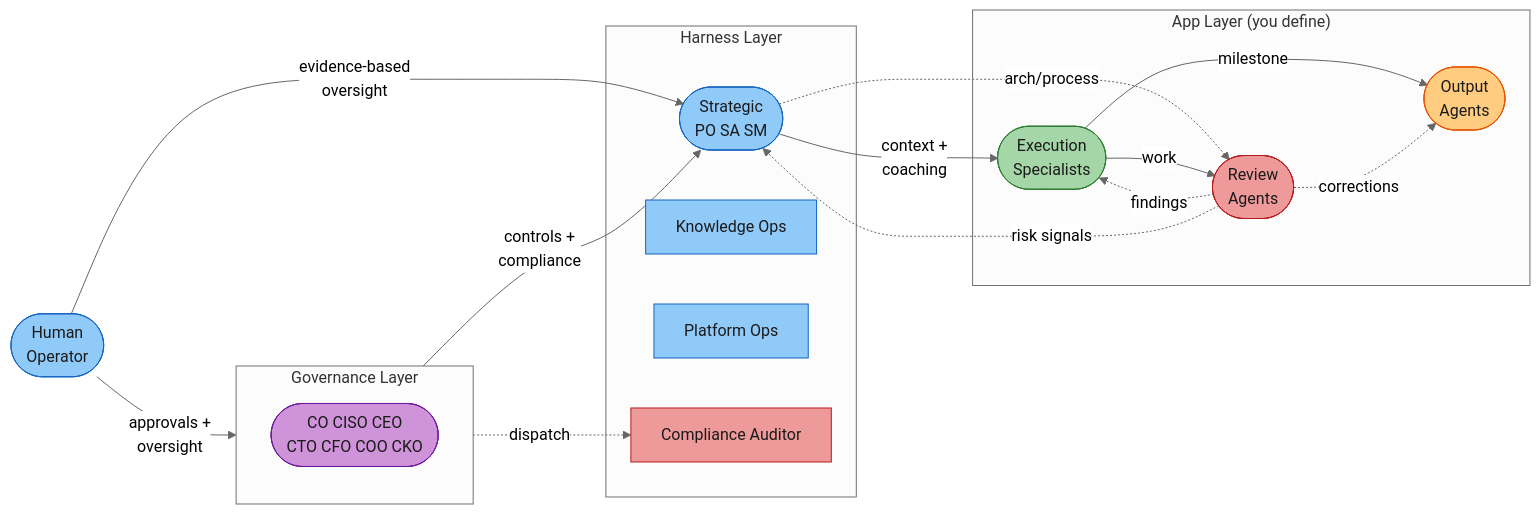
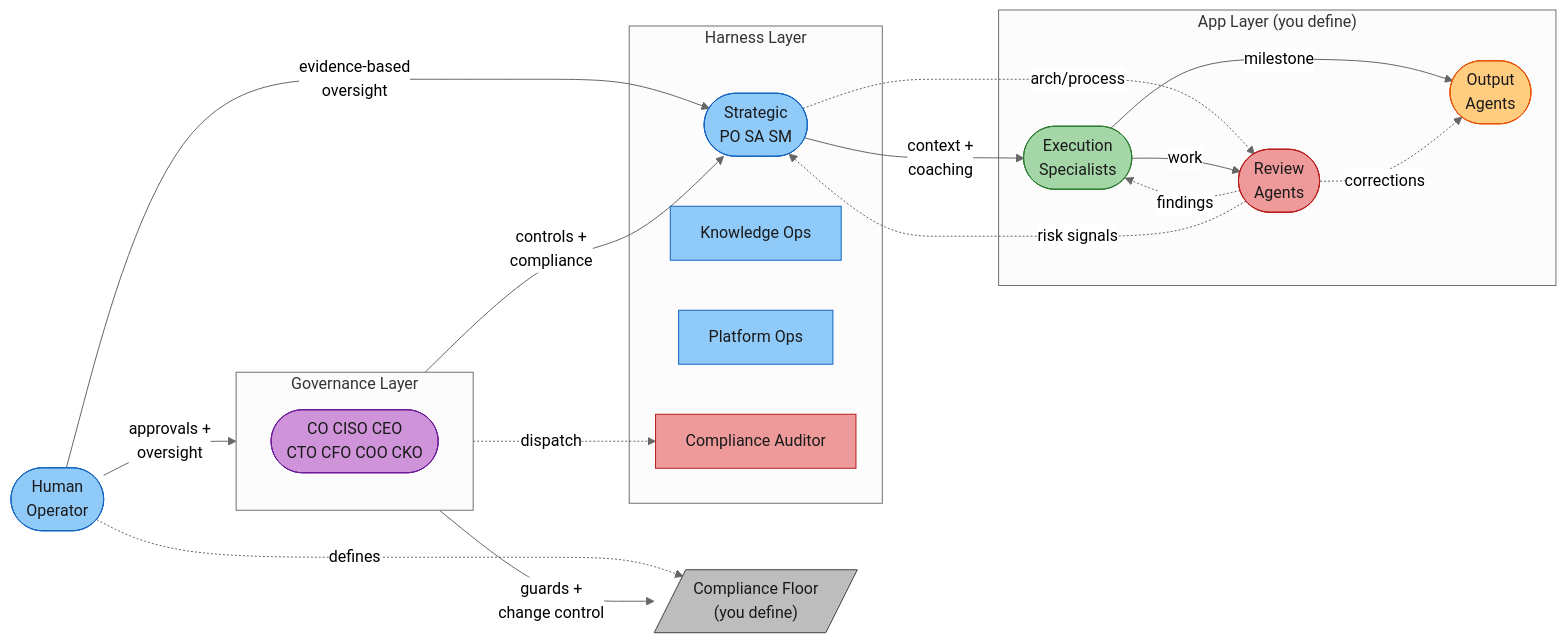
One commit to rdunie/venutian-antfarm changed the first of 5 diagrams in README.md. Above: the diagram before and after it, drawn with Mermaid (neutral theme).

Commit message:
docs: add compliance floor to architecture diagram
Shows user defines the floor, governance layer guards it with
change control. Uses trapezoid shape to distinguish from agents.

````diff
--- a/README.md
+++ b/README.md
@@ -49,43 +49,48 @@
 ```mermaid
 flowchart LR
     USER(["Human\nOperator"])
 
     subgraph Gov ["Governance Layer"]
         GOV(["CO  CISO  CEO\nCTO  CFO  COO  CKO"])
     end
 
     subgraph Harness ["Harness Layer"]
         S(["Strategic\nPO  SA  SM"])
         MM["Knowledge Ops"]
         PO_OPS["Platform Ops"]
         CA["Compliance Auditor"]
     end
 
     subgraph AppLayer ["App Layer (you define)"]
         E(["Execution\nSpecialists"])
         R(["Review\nAgents"])
         O(["Output\nAgents"])
     end
 
+    FLOOR[/"Compliance Floor\n(you define)"/]
+
     USER -->|"approvals +\noversight"| Gov
     USER -->|"evidence-based\noversight"| S
+    USER -.->|"defines"| FLOOR
+    Gov -->|"guards +\nchange control"| FLOOR
     Gov -->|"controls +\ncompliance"| S
     Gov -.->|"dispatch"| CA
     S -->|"context +\ncoaching"| E
     S -.->|"arch/process"| R
     E -->|"work"| R
     R -.->|"findings"| E
     R -.->|"risk signals"| S
     E -->|"milestone"| O
     R -.->|"corrections"| O
 
     style USER fill:#90caf9,stroke:#1565c0,color:#1a1a1a
+    style FLOOR fill:#bdbdbd,stroke:#424242,color:#1a1a1a
     style GOV fill:#ce93d8,stroke:#6a1b9a,color:#1a1a1a
     style S fill:#90caf9,stroke:#1565c0,color:#1a1a1a
     style MM fill:#90caf9,stroke:#1565c0,color:#1a1a1a
     style PO_OPS fill:#90caf9,stroke:#1565c0,color:#1a1a1a
     style CA fill:#ef9a9a,stroke:#b71c1c,color:#1a1a1a
     style E fill:#a5d6a7,stroke:#2e7d32,color:#1a1a1a
     style R fill:#ef9a9a,stroke:#b71c1c,color:#1a1a1a
     style O fill:#ffcc80,stroke:#e65100,color:#1a1a1a
 ```
````
